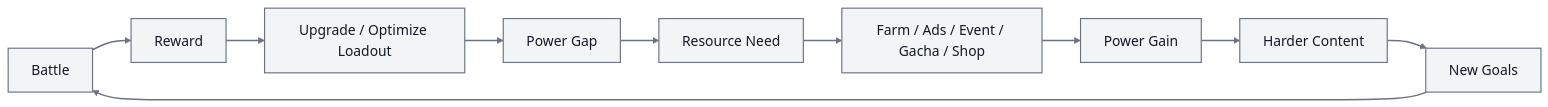
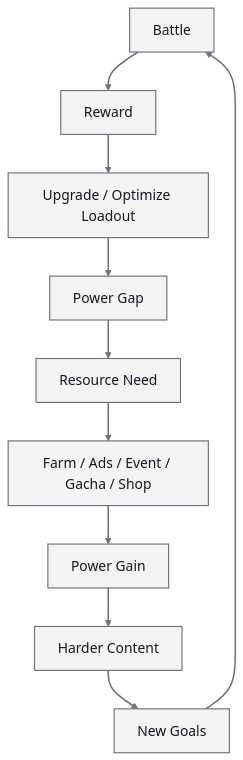
The first of 3 diagrams in 1945-air-force/vi-index.md (cameodaiduong/portfolio-game-design), drawn with Mermaid before and after one commit. The commit also changed 24 other files, not shown here.

````diff
--- a/1945-air-force/vi-index.md
+++ b/1945-air-force/vi-index.md
@@ -30,16 +30,16 @@
 ```mermaid
-flowchart LR
+flowchart TB
     A[Battle] --> B[Reward]
     B --> C[Upgrade / Optimize Loadout]
     C --> D[Power Gap]
     D --> E[Resource Need]
     E --> F[Farm / Ads / Event / Gacha / Shop]
     F --> G[Power Gain]
     G --> H[Harder Content]
     H --> I[New Goals]
     I --> A
 
     classDef node fill:#f3f4f6,stroke:#6b7280,color:#111827,stroke-width:1.5px,font-size:18px;
     class A,B,C,D,E,F,G,H,I node;
     linkStyle default stroke:#6b7280,stroke-width:2px;
 ```
````
